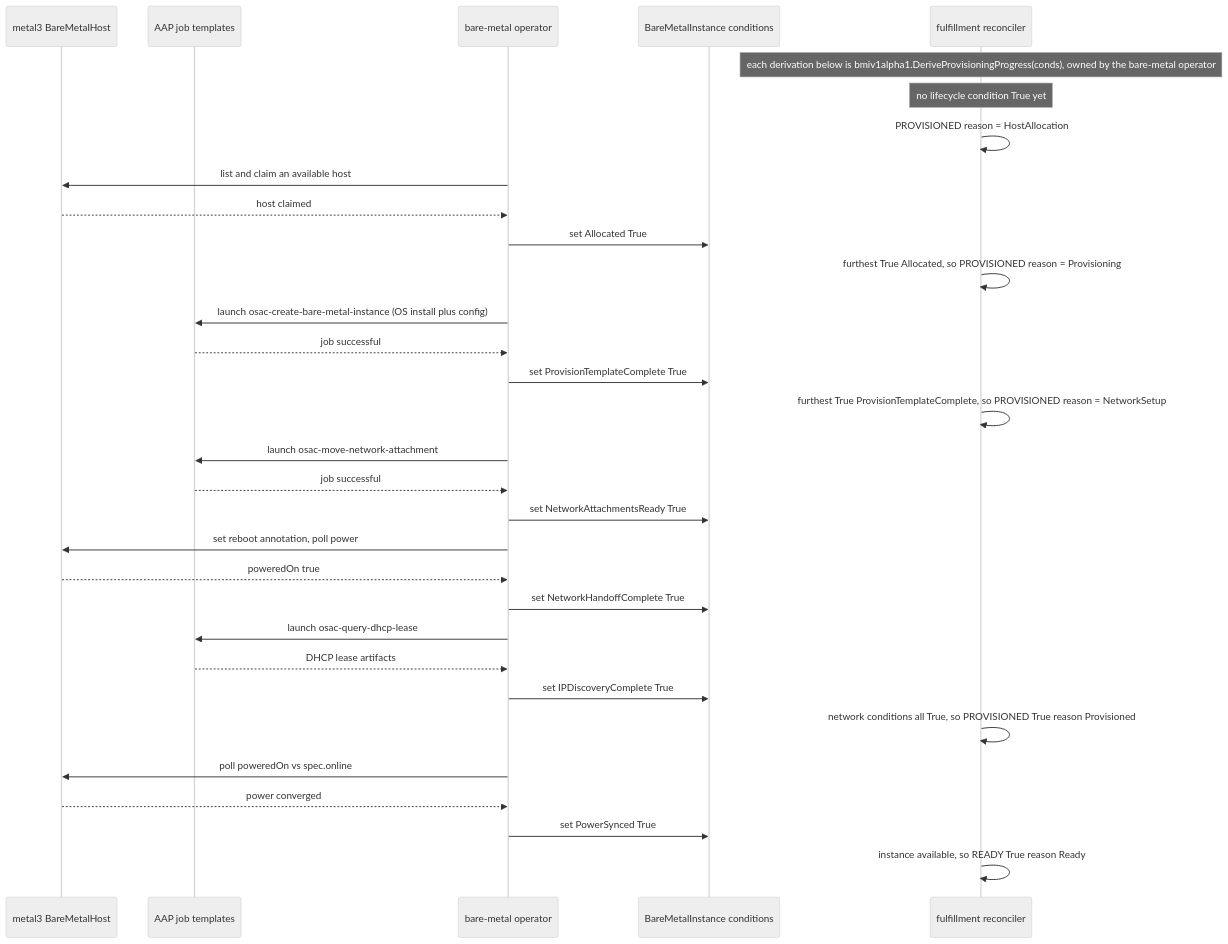
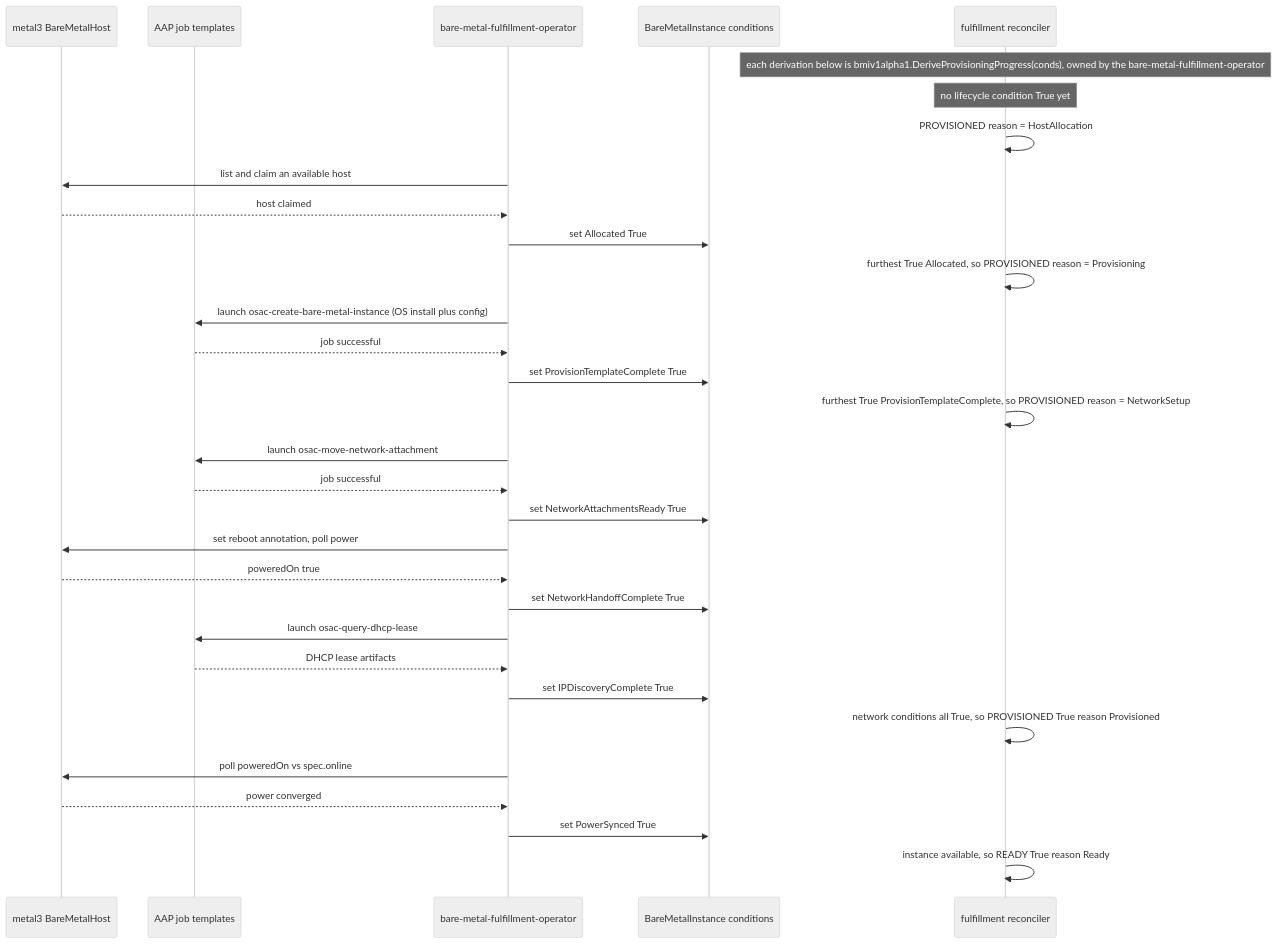
Before and after one commit to osac-project/enhancement-proposals: the second of 2 diagrams in enhancements/OSAC-3459-bmaas-provisioning-progress/design.md, drawn with Mermaid (neutral theme). The commit also changed other lines of this file, not shown here.

````diff
--- a/enhancements/OSAC-3459-bmaas-provisioning-progress/design.md
+++ b/enhancements/OSAC-3459-bmaas-provisioning-progress/design.md
@@ -474,38 +478,38 @@
 ```mermaid
 sequenceDiagram
     participant M3 as metal3 BareMetalHost
     participant AAP as AAP job templates
-    participant Op as bare-metal operator
+    participant Op as bare-metal-fulfillment-operator
     participant CR as BareMetalInstance conditions
     participant Rec as fulfillment reconciler
 
-    Note over Rec: each derivation below is bmiv1alpha1.DeriveProvisioningProgress(conds), owned by the bare-metal operator
+    Note over Rec: each derivation below is bmiv1alpha1.DeriveProvisioningProgress(conds), owned by the bare-metal-fulfillment-operator
     Note over Rec: no lifecycle condition True yet
     Rec->>Rec: PROVISIONED reason = HostAllocation
 
     Op->>M3: list and claim an available host
     M3-->>Op: host claimed
     Op->>CR: set Allocated True
     Rec->>Rec: furthest True Allocated, so PROVISIONED reason = Provisioning
 
     Op->>AAP: launch osac-create-bare-metal-instance (OS install plus config)
     AAP-->>Op: job successful
     Op->>CR: set ProvisionTemplateComplete True
     Rec->>Rec: furthest True ProvisionTemplateComplete, so PROVISIONED reason = NetworkSetup
 
     Op->>AAP: launch osac-move-network-attachment
     AAP-->>Op: job successful
     Op->>CR: set NetworkAttachmentsReady True
     Op->>M3: set reboot annotation, poll power
     M3-->>Op: poweredOn true
     Op->>CR: set NetworkHandoffComplete True
     Op->>AAP: launch osac-query-dhcp-lease
     AAP-->>Op: DHCP lease artifacts
     Op->>CR: set IPDiscoveryComplete True
     Rec->>Rec: network conditions all True, so PROVISIONED True reason Provisioned
 
     Op->>M3: poll poweredOn vs spec.online
     M3-->>Op: power converged
     Op->>CR: set PowerSynced True
     Rec->>Rec: instance available, so READY True reason Ready
 ```
````
